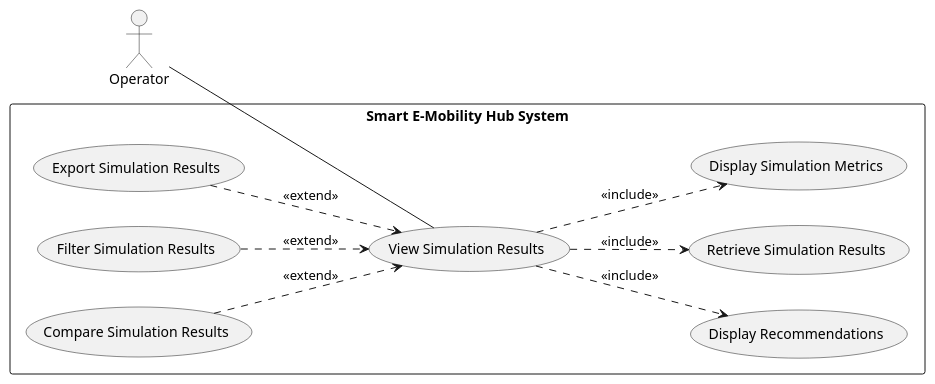
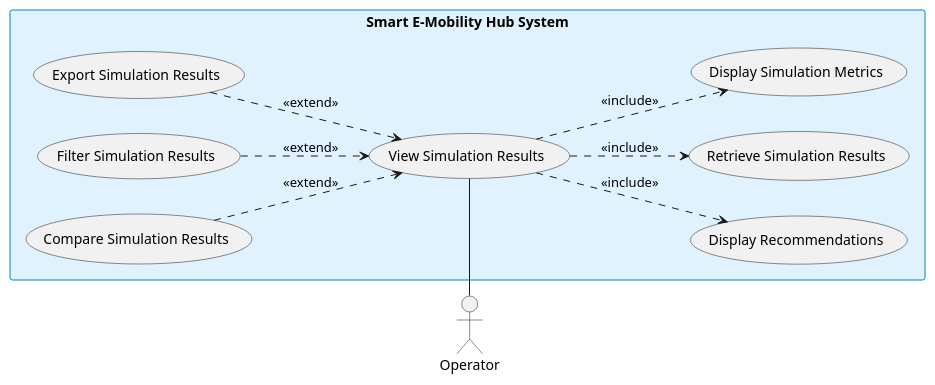
Before and after one commit to YdtTran/software-engineerning: diagram 29 of 30 in 01_Diagram/01_Usecase_Diagram/PLANTUML_ALL.md, drawn with PlantUML. The commit also changed other lines of this file and 217 other files, not shown here.

````diff
--- a/01_Diagram/01_Usecase_Diagram/PLANTUML_ALL.md
+++ b/01_Diagram/01_Usecase_Diagram/PLANTUML_ALL.md
@@ -495,28 +645,25 @@
 ```plantuml
 @startuml
 left to right direction
-skinparam packageStyle rectangle
 skinparam shadowing false
-
-actor "Operator" as Operator
-
+skinparam rectangleBackgroundColor #e0f2fe
+skinparam rectangleBorderColor #0284c7
+actor "Operator" as actor_left
 rectangle "Smart E-Mobility Hub System" {
-    usecase "Export Simulation Results" as UC_Export
-    usecase "Filter Simulation Results" as UC_Filter
-    usecase "Compare Simulation Results" as UC_Compare
-    usecase "View Simulation Results" as UC_View
-    usecase "Display Recommendations" as UC_Rec
-    usecase "Retrieve Simulation Results" as UC_Retr
-    usecase "Display Simulation Metrics" as UC_Metrics
-
-    UC_Export ..> UC_View : <<extend>>
-    UC_Filter ..> UC_View : <<extend>>
-    UC_Compare ..> UC_View : <<extend>>
-    UC_View ..> UC_Rec : <<include>>
-    UC_View ..> UC_Retr : <<include>>
-    UC_View ..> UC_Metrics : <<include>>
+  usecase "Export Simulation Results" as uc_ext1
+  usecase "Filter Simulation Results" as uc_ext2
+  usecase "Compare Simulation Results" as uc_ext3
+  usecase "View Simulation Results" as uc_base
+  usecase "Display Recommendations" as uc_inc1
+  usecase "Retrieve Simulation Results" as uc_inc2
+  usecase "Display Simulation Metrics" as uc_inc3
 }
-
-Operator -- UC_View
+actor_left -right- uc_base
+uc_ext1 ..> uc_base : <<extend>>
+uc_ext2 ..> uc_base : <<extend>>
+uc_ext3 ..> uc_base : <<extend>>
+uc_base ..> uc_inc1 : <<include>>
+uc_base ..> uc_inc2 : <<include>>
+uc_base ..> uc_inc3 : <<include>>
 @enduml
 ```
````
